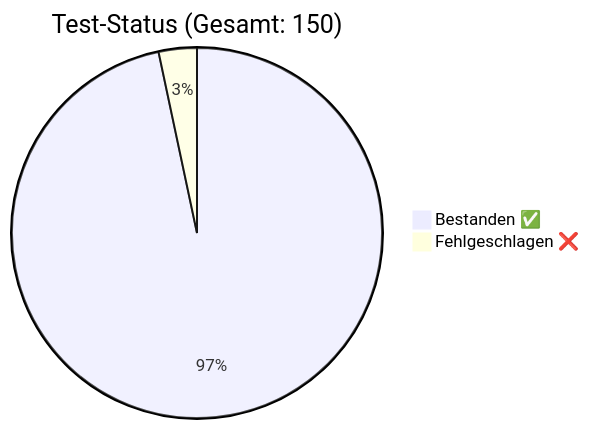
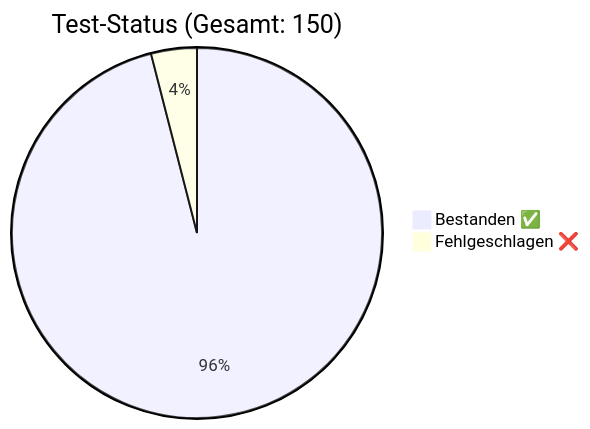
Before and after one commit to rorila/GCS: the diagram in docs/QA_Report.md, drawn with Mermaid. The commit also changed other lines of this file and 16 other files, not shown here.

First line of the commit message:
fix: Flow-Condition Persistenz & Action-Typ-Inferenz

````diff
--- a/docs/QA_Report.md
+++ b/docs/QA_Report.md
@@ -7,5 +7,5 @@
 ```mermaid
 pie title Test-Status (Gesamt: 150)
-    "Bestanden ✅" : 145
-    "Fehlgeschlagen ❌" : 5
+    "Bestanden ✅" : 144
+    "Fehlgeschlagen ❌" : 6
 ```
````
